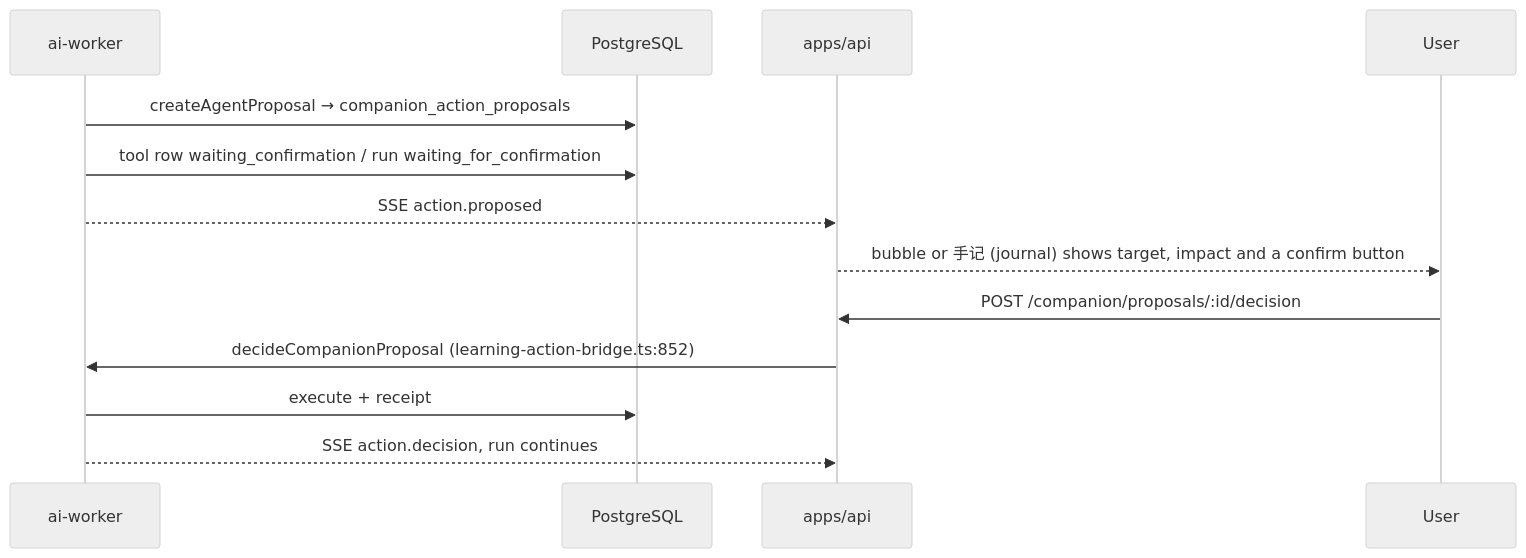
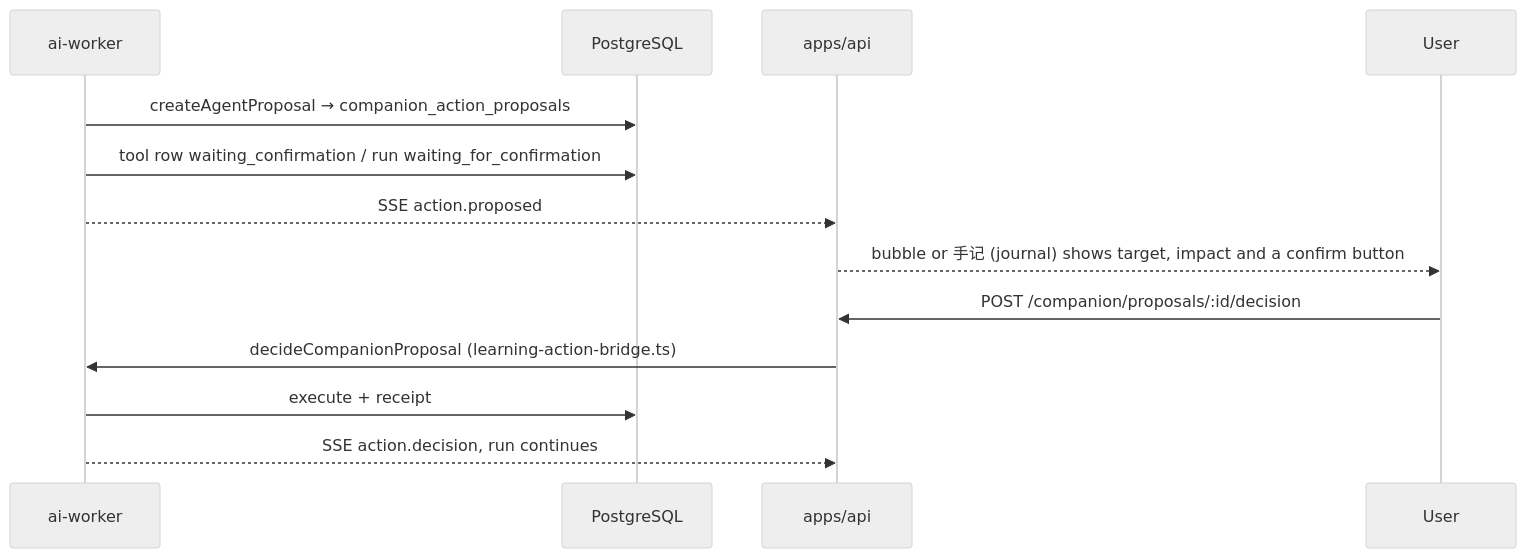
One commit to asklins223/Astella changed the third of 3 diagrams in docs/guide/en/agent-runtime.md. Above: the diagram before and after it, drawn with Mermaid (neutral theme). The commit also changed other lines of this file and 77 other files, not shown here.

````diff
--- a/docs/guide/en/agent-runtime.md
+++ b/docs/guide/en/agent-runtime.md
@@ -129,15 +129,15 @@
 ```mermaid
 sequenceDiagram
   participant W as ai-worker
   participant D as PostgreSQL
   participant A as apps/api
   participant U as User
   W->>D: createAgentProposal → companion_action_proposals
   W->>D: tool row waiting_confirmation / run waiting_for_confirmation
   W-->>A: SSE action.proposed
   A-->>U: bubble or 手记 (journal) shows target, impact and a confirm button
   U->>A: POST /companion/proposals/:id/decision
-  A->>W: decideCompanionProposal (learning-action-bridge.ts:852)
+  A->>W: decideCompanionProposal (learning-action-bridge.ts)
   W->>D: execute + receipt
   W-->>A: SSE action.decision, run continues
 ```
````
